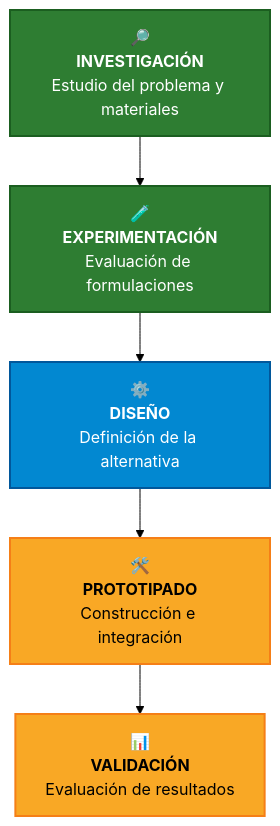
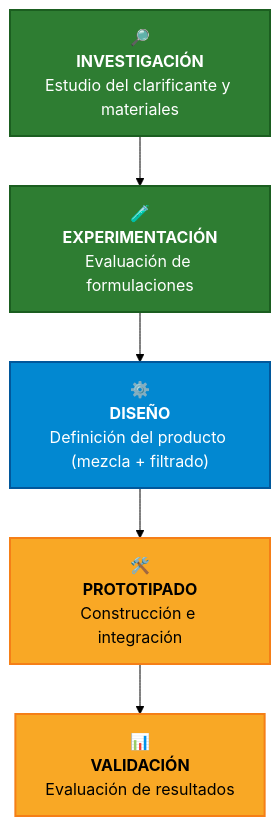
Before and after one commit to BeyondNate/PI_Equipo_05: the fourth of 4 diagrams in README.md, drawn with Mermaid (forest theme). The commit also changed other lines of this file, not shown here.

````diff
--- a/README.md
+++ b/README.md
@@ -322,23 +247,18 @@
 ```mermaid
 flowchart TB
-
-    I["🔎<br/><b>INVESTIGACIÓN</b><br/>Estudio del problema y materiales"]
-
+    I["🔎<br/><b>INVESTIGACIÓN</b><br/>Estudio del clarificante y materiales"]
     E["🧪<br/><b>EXPERIMENTACIÓN</b><br/>Evaluación de formulaciones"]
-
-    D["⚙️<br/><b>DISEÑO</b><br/>Definición de la alternativa"]
-
+    D["⚙️<br/><b>DISEÑO</b><br/>Definición del producto (mezcla + filtrado)"]
     P["🛠️<br/><b>PROTOTIPADO</b><br/>Construcción e integración"]
-
     V["📊<br/><b>VALIDACIÓN</b><br/>Evaluación de resultados"]
-
+ 
     I --> E --> D --> P --> V
-
+ 
     classDef research fill:#2E7D32,color:#FFFFFF,stroke:#1B5E20,stroke-width:2px;
     classDef design fill:#0288D1,color:#FFFFFF,stroke:#01579B,stroke-width:2px;
     classDef prototype fill:#F9A825,color:#000000,stroke:#F57F17,stroke-width:2px;
-
+ 
     class I,E research;
     class D design;
     class P,V prototype;
 ```
````
